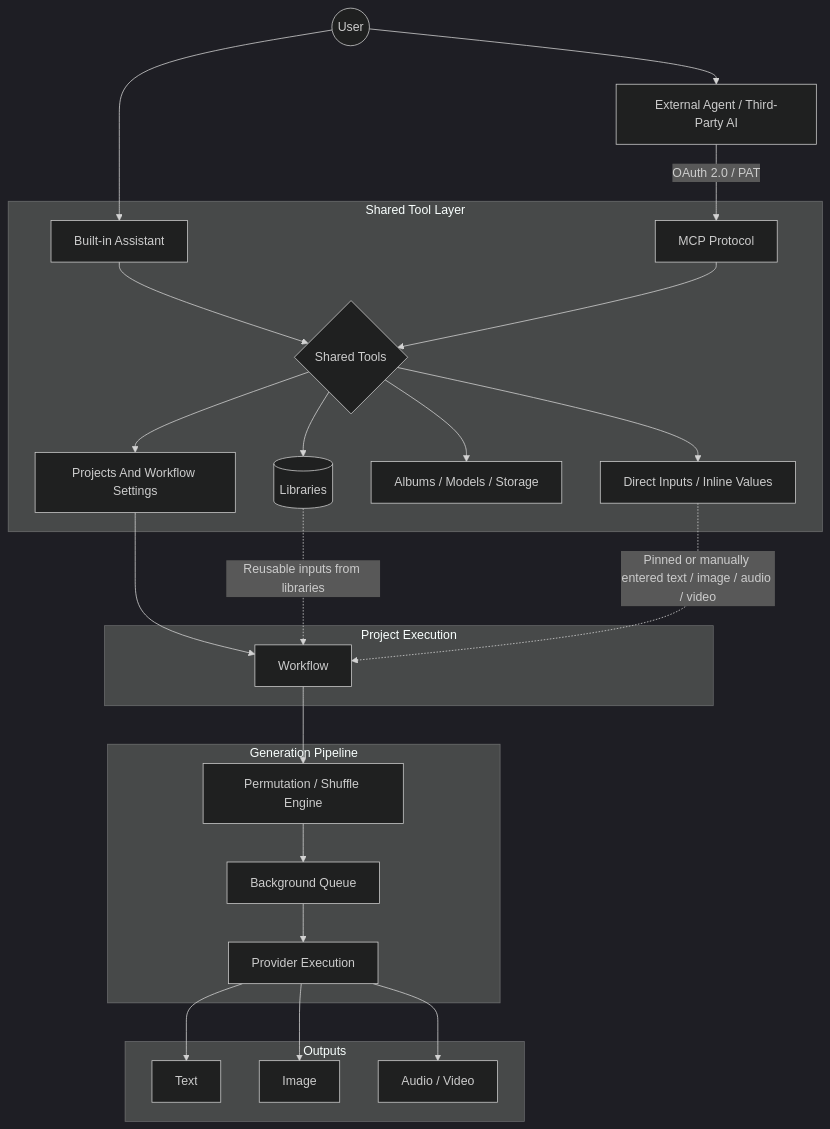
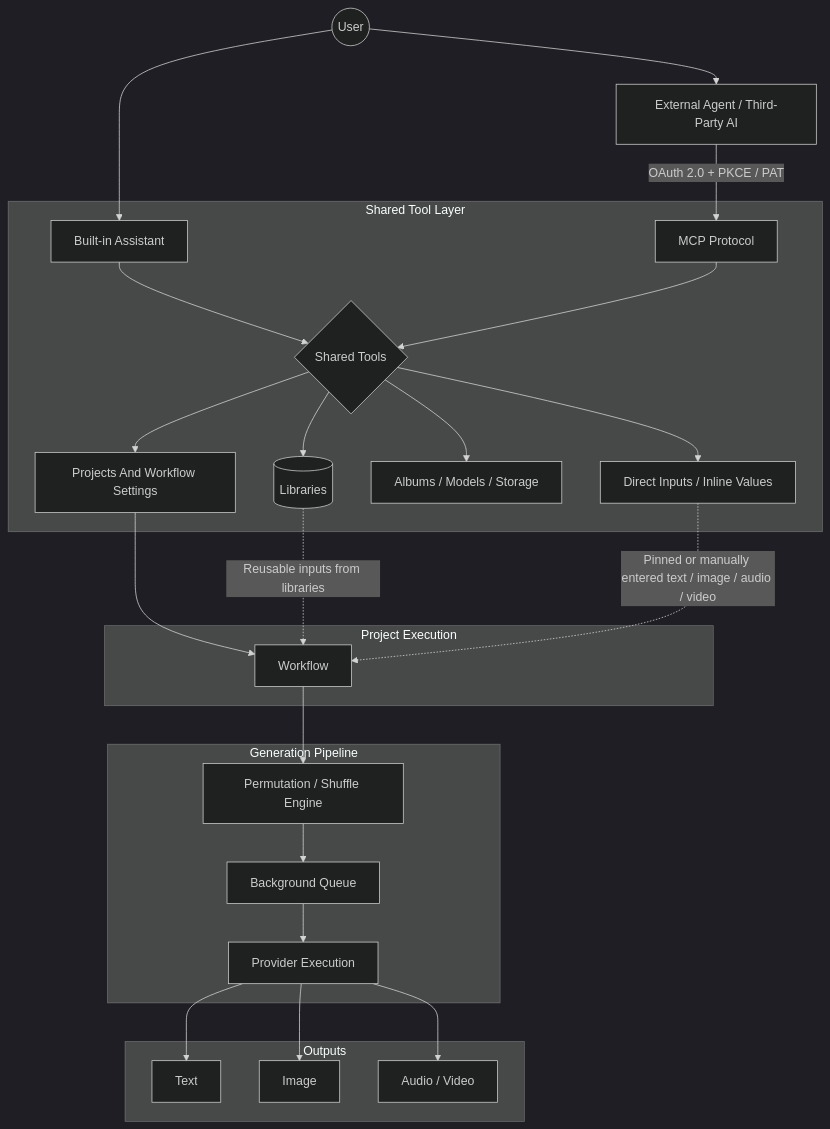
Before and after one commit to ShinChven/remix-studio: the diagram in README.md, drawn with Mermaid (dark theme). The commit also changed other lines of this file and 1 other file, not shown here.

Commit message:
docs: update OAuth documentation and README to reflect PKCE support instead of strict OAuth 2.1 implementation

````diff
--- a/README.md
+++ b/README.md
@@ -50,36 +50,36 @@
 ```mermaid
 flowchart TD
     U((User))
 
     U --> A[Built-in Assistant]
     U --> X[External Agent / Third-Party AI]
-    X -->|OAuth 2.0 / PAT| M[MCP Protocol]
+    X -->|OAuth 2.0 + PKCE / PAT| M[MCP Protocol]
 
     subgraph ToolsLayer [Shared Tool Layer]
         A --> T{Shared Tools}
         M --> T
 
         T --> L[(Libraries)]
         T --> P[Projects And Workflow Settings]
         T --> R[Albums / Models / Storage]
         T --> D[Direct Inputs / Inline Values]
     end
 
     subgraph ProjectFlow [Project Execution]
         P --> W[Workflow]
         L -.->|Reusable inputs from libraries| W
         D -.->|Pinned or manually entered text / image / audio / video| W
     end
 
     subgraph Execution [Generation Pipeline]
         W --> C[Permutation / Shuffle Engine]
         C --> B[Background Queue]
         B --> E[Provider Execution]
     end
 
     subgraph Outputs [Outputs]
         E --> TXT[Text]
         E --> IMG[Image]
         E --> MED[Audio / Video]
     end
 ```
````
